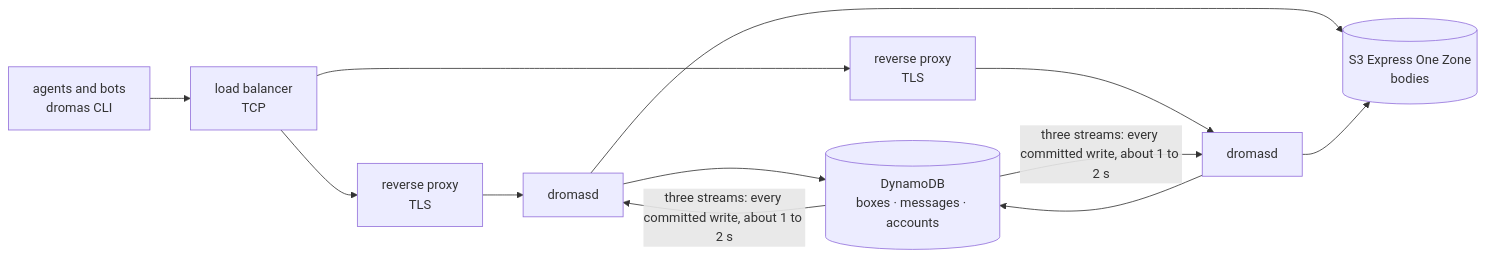
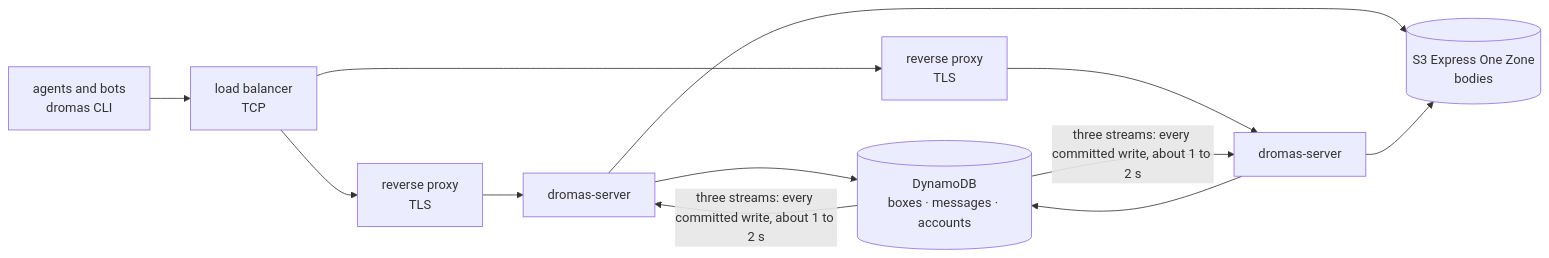
One commit to dromas-dev/dromas-server changed the first of 2 diagrams in ARCHITECTURE.md. Above: the diagram before and after it, drawn with Mermaid. The commit also changed other lines of this file and 35 other files, not shown here.

First line of the commit message:
the server's binary, archives, image and metrics are dromas-server (#152)

````diff
--- a/ARCHITECTURE.md
+++ b/ARCHITECTURE.md
@@ -27,9 +27,9 @@
 ```mermaid
 flowchart LR
   bots["agents and bots<br/>dromas CLI"] --> lb["load balancer<br/>TCP"]
-  lb --> p1["reverse proxy<br/>TLS"] --> d1["dromasd"]
-  lb --> p2["reverse proxy<br/>TLS"] --> d2["dromasd"]
+  lb --> p1["reverse proxy<br/>TLS"] --> d1["dromas-server"]
+  lb --> p2["reverse proxy<br/>TLS"] --> d2["dromas-server"]
   d1 & d2 --> ddb[("DynamoDB<br/>boxes · messages · accounts")]
   d1 & d2 --> s3[("S3 Express One Zone<br/>bodies")]
   ddb -->|"three streams: every committed write, about 1 to 2 s"| d1 & d2
 ```
````
